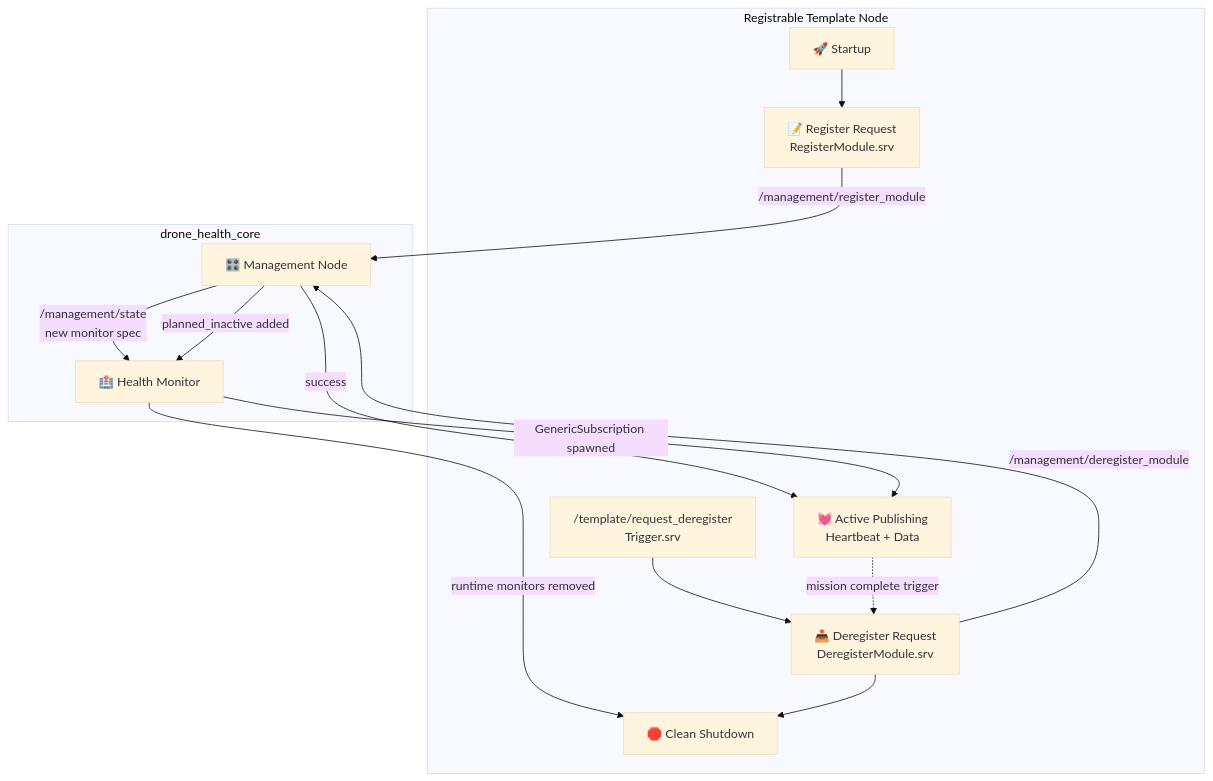
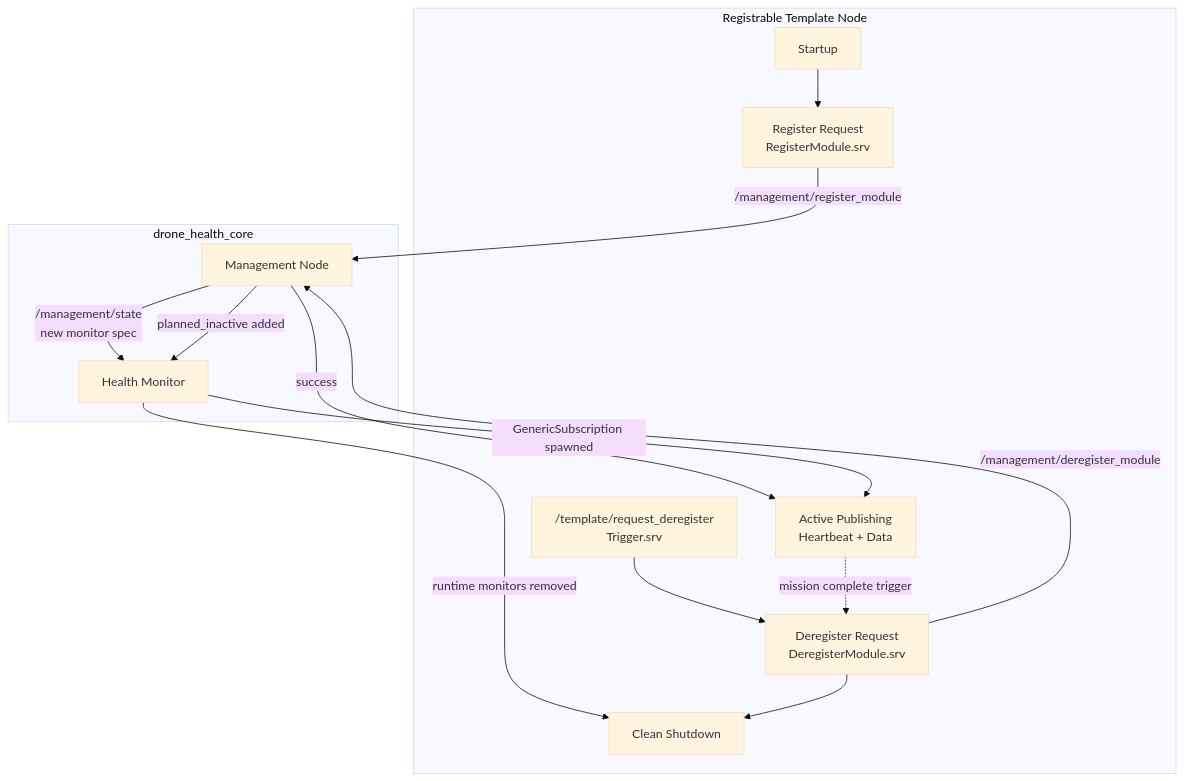
Before and after one commit to NILAMATHI1999/drone-health-modular-framework: the diagram in src/drone_health_registrable_template/README.md, drawn with Mermaid (base theme). The commit also changed other lines of this file, not shown here.

````diff
--- a/src/drone_health_registrable_template/README.md
+++ b/src/drone_health_registrable_template/README.md
@@ -12,29 +12,29 @@
 ```mermaid
 graph TD
     subgraph Node [Registrable Template Node]
-        Start["🚀 Startup"]
-        Reg["📝 Register Request<br/>RegisterModule.srv"]
-        Active["💓 Active Publishing<br/>Heartbeat + Data"]
+        Start[" Startup"]
+        Reg[" Register Request<br/>RegisterModule.srv"]
+        Active[" Active Publishing<br/>Heartbeat + Data"]
         DeregSrv["/template/request_deregister<br/>Trigger.srv"]
-        Dereg["📤 Deregister Request<br/>DeregisterModule.srv"]
-        Shutdown["🛑 Clean Shutdown"]
+        Dereg[" Deregister Request<br/>DeregisterModule.srv"]
+        Shutdown[" Clean Shutdown"]
     end
 
     subgraph Core [drone_health_core]
-        MN["🎛️ Management Node"]
-        HM["🏥 Health Monitor"]
+        MN[" Management Node"]
+        HM[" Health Monitor"]
     end
 
     Start --> Reg
     Reg -->|"/management/register_module"| MN
     MN -->|"success"| Active
     MN -->|"/management/state<br/>new monitor spec"| HM
     HM -->|"GenericSubscription spawned"| Active
 
     DeregSrv --> Dereg
     Active -.->|"mission complete trigger"| Dereg
     Dereg -->|"/management/deregister_module"| MN
     MN -->|"planned_inactive added"| HM
     HM -->|"runtime monitors removed"| Shutdown
     Dereg --> Shutdown
 ```
````
